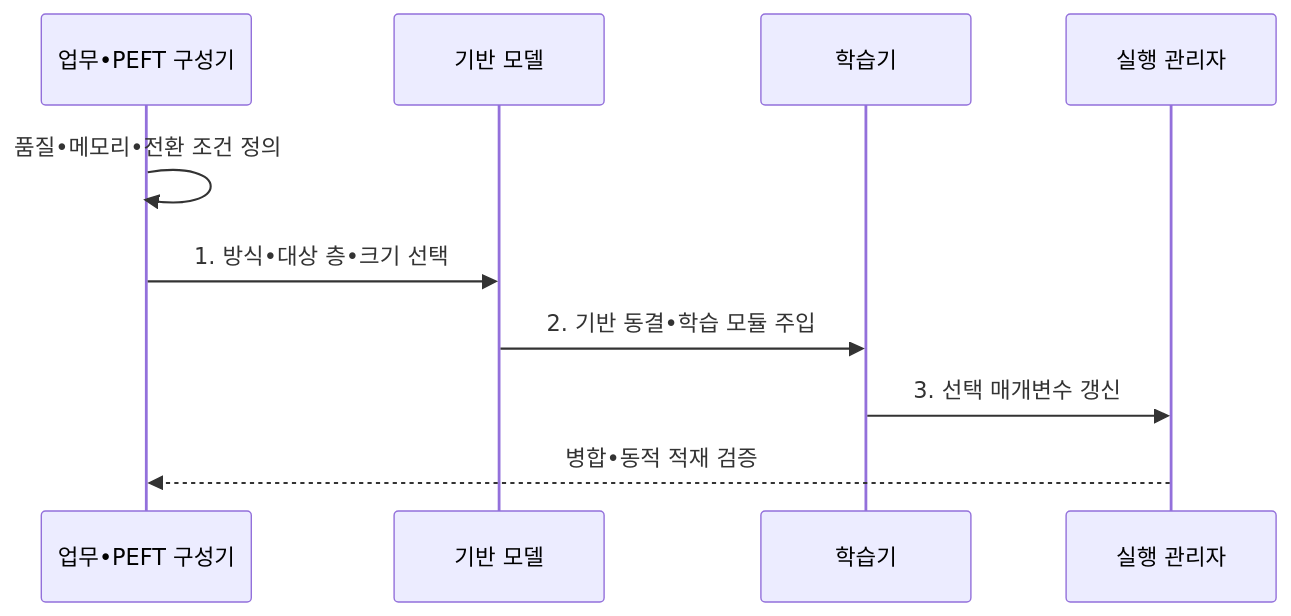
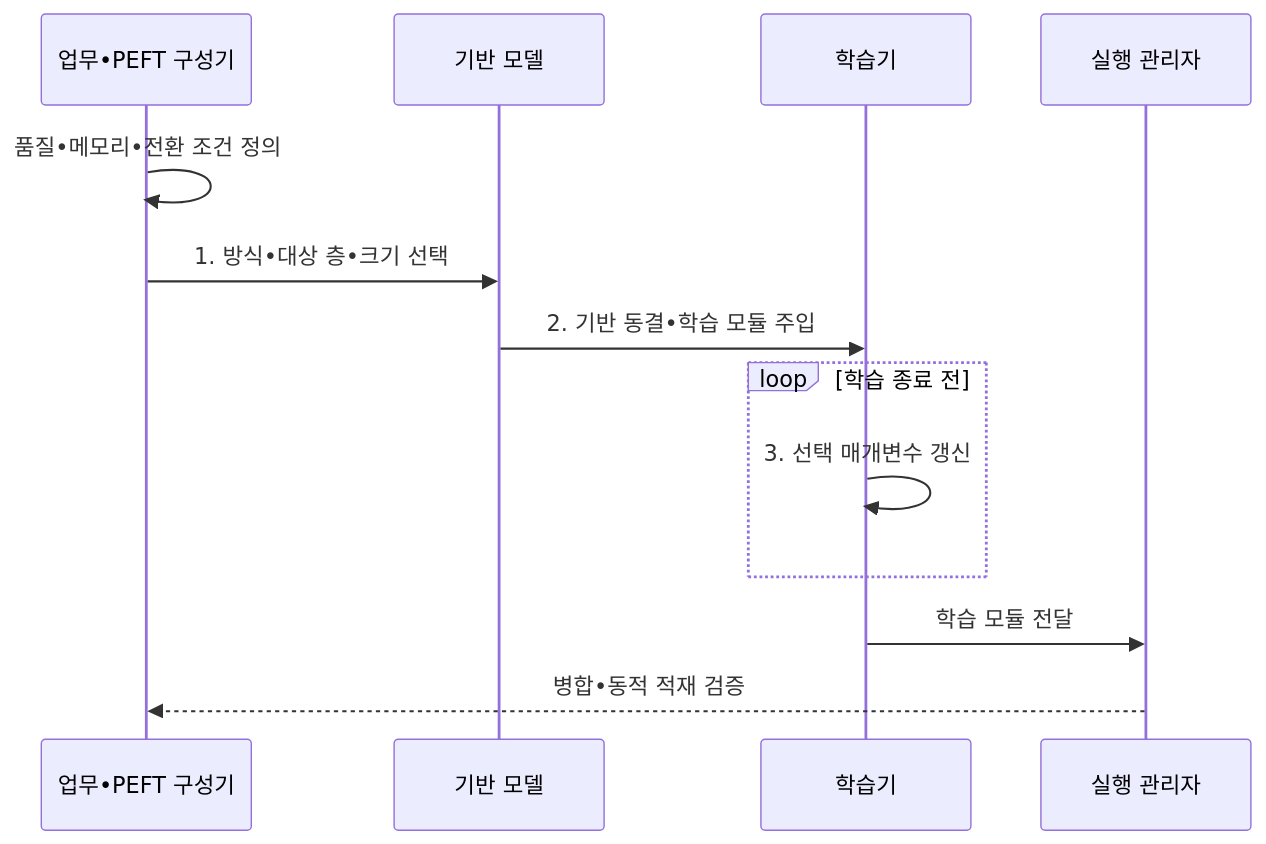
One commit to agnusdei1207/knowledge-base changed the second of 2 diagrams in src/content/docs/notes/08-latest-tech/061_parameter_efficient_fine_tuning.md. Above: the diagram before and after it, drawn with Mermaid. The commit also changed other lines of this file and 17 other files, not shown here.

````diff
--- a/src/content/docs/notes/08-latest-tech/061_parameter_efficient_fine_tuning.md
+++ b/src/content/docs/notes/08-latest-tech/061_parameter_efficient_fine_tuning.md
@@ -100,12 +100,15 @@
 ```mermaid
 sequenceDiagram
     participant C as 업무•PEFT 구성기
     participant B as 기반 모델
     participant T as 학습기
     participant R as 실행 관리자
     C->>C: 품질•메모리•전환 조건 정의
     C->>B: 1. 방식•대상 층•크기 선택
     B->>T: 2. 기반 동결•학습 모듈 주입
-    T->>R: 3. 선택 매개변수 갱신
+    loop 학습 종료 전
+        T->>T: 3. 선택 매개변수 갱신
+    end
+    T->>R: 학습 모듈 전달
     R-->>C: 병합•동적 적재 검증
 ```
````
